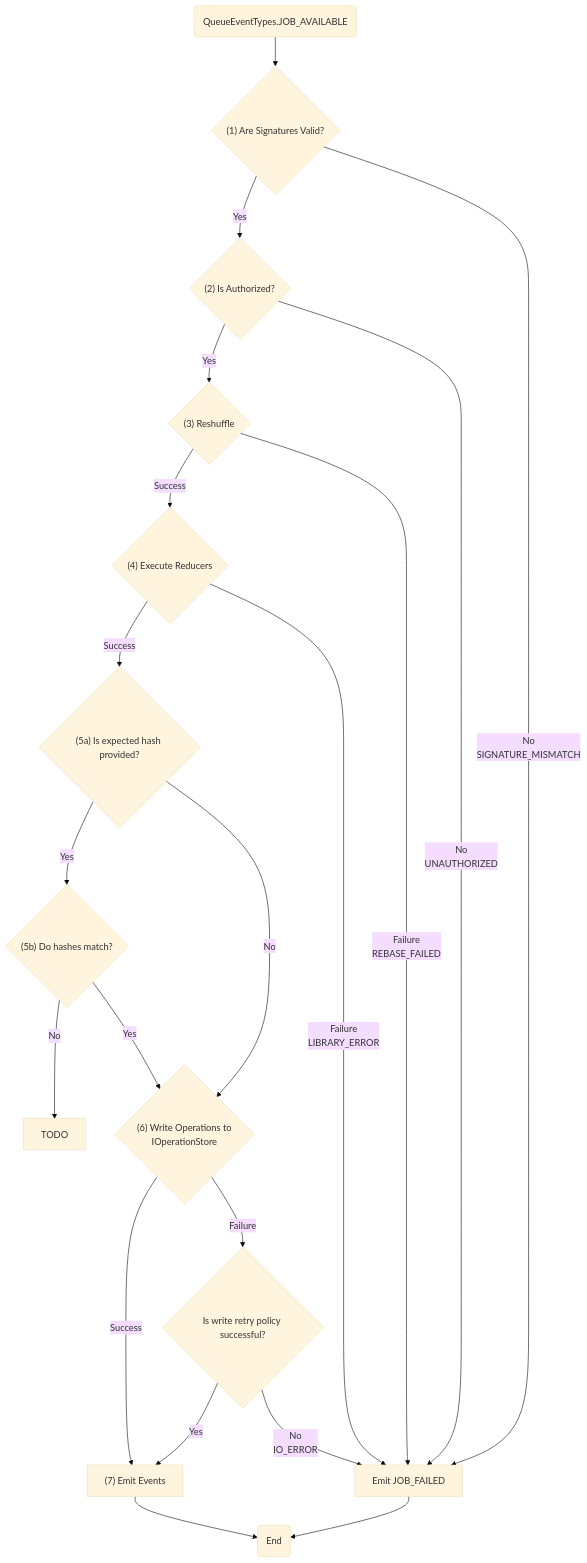
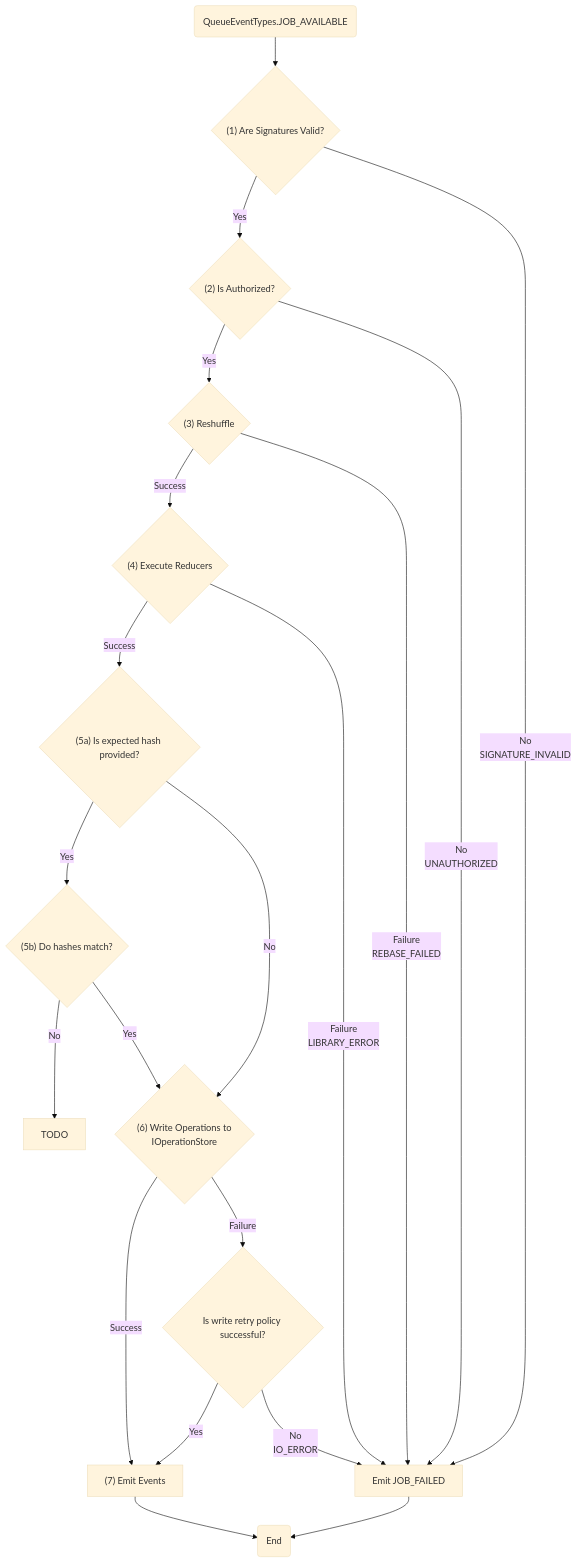
The first of 3 diagrams in packages/reactor/docs/planning/Jobs/index.md (powerhouse-inc/powerhouse), drawn with Mermaid (base theme) before and after one commit. The commit also changed other lines of this file and 3 other files, not shown here.

````diff
--- a/packages/reactor/docs/planning/Jobs/index.md
+++ b/packages/reactor/docs/planning/Jobs/index.md
@@ -24,25 +24,25 @@
 ```mermaid
 flowchart TD
     A("`QueueEventTypes.JOB_AVAILABLE`") --> C{"(1) Are Signatures Valid?"}
     C -->|Yes| F{"(2) Is Authorized?"}
     F -->|Yes| H{"(3) Reshuffle"}
     H -->|Success| I{"(4) Execute Reducers"}
     I -->|Success| J{"(5a) Is expected hash provided?"}
     J -->|Yes| K{"(5b) Do hashes match?"}
     J -->|No| L
     K -->|No| O["TODO"]
     K -->|Yes|L{"(6) Write Operations to<br/>IOperationStore"}
     L -->|Success| M["(7) Emit Events"]
 
-    C -->|No<br/>SIGNATURE_MISMATCH| Failed
+    C -->|No<br/>SIGNATURE_INVALID| Failed
     F -->|No<br/>UNAUTHORIZED| Failed
     H -->|Failure<br/>REBASE_FAILED| Failed
     I -->|Failure<br/>LIBRARY_ERROR| Failed
     L -->|Failure| F5{"Is write retry policy successful?"}
     F5 -->|Yes| M
     F5 -->|No<br/>IO_ERROR| Failed
 
     Failed["Emit JOB_FAILED"] --> End
 
     M --> End("End")
 ```
````
